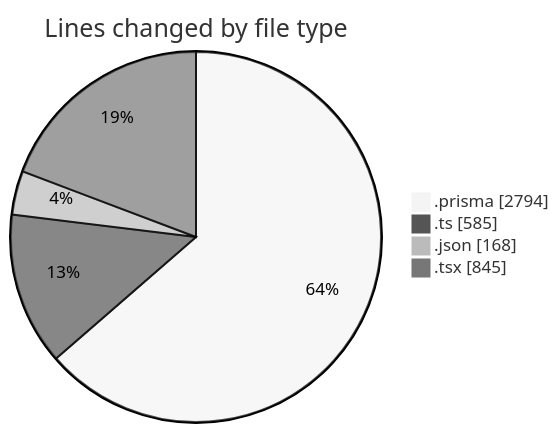
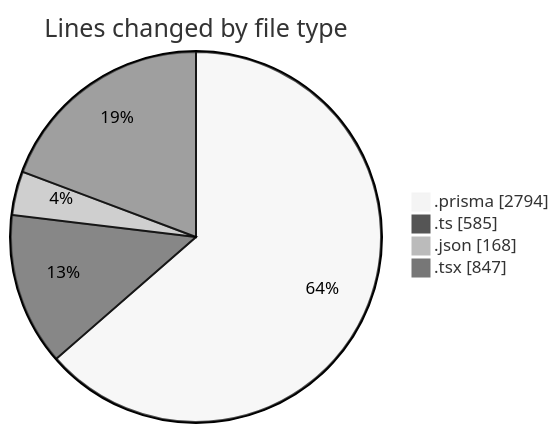
Before and after one commit to CELIANVF/code-tracking: the first of 2 diagrams in 2025-05-01/ecodeli/README.md, drawn with Mermaid (neutral theme). The commit also changed other lines of this file and 1 other file, not shown here.

````diff
--- a/2025-05-01/ecodeli/README.md
+++ b/2025-05-01/ecodeli/README.md
@@ -27,8 +27,8 @@
 ```mermaid
 pie showData
 title Lines changed by file type
 ".prisma" : 2794
 ".ts" : 585
 ".json" : 168
-".tsx" : 845
+".tsx" : 847
 ```
````
